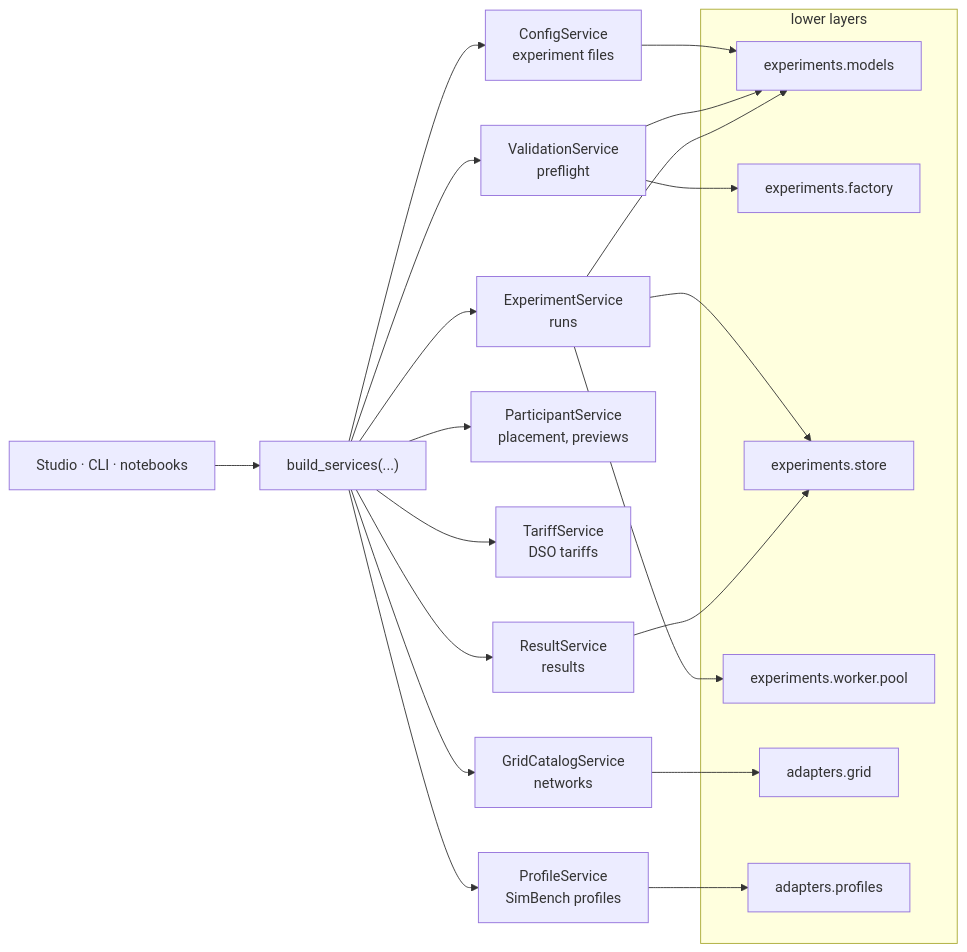
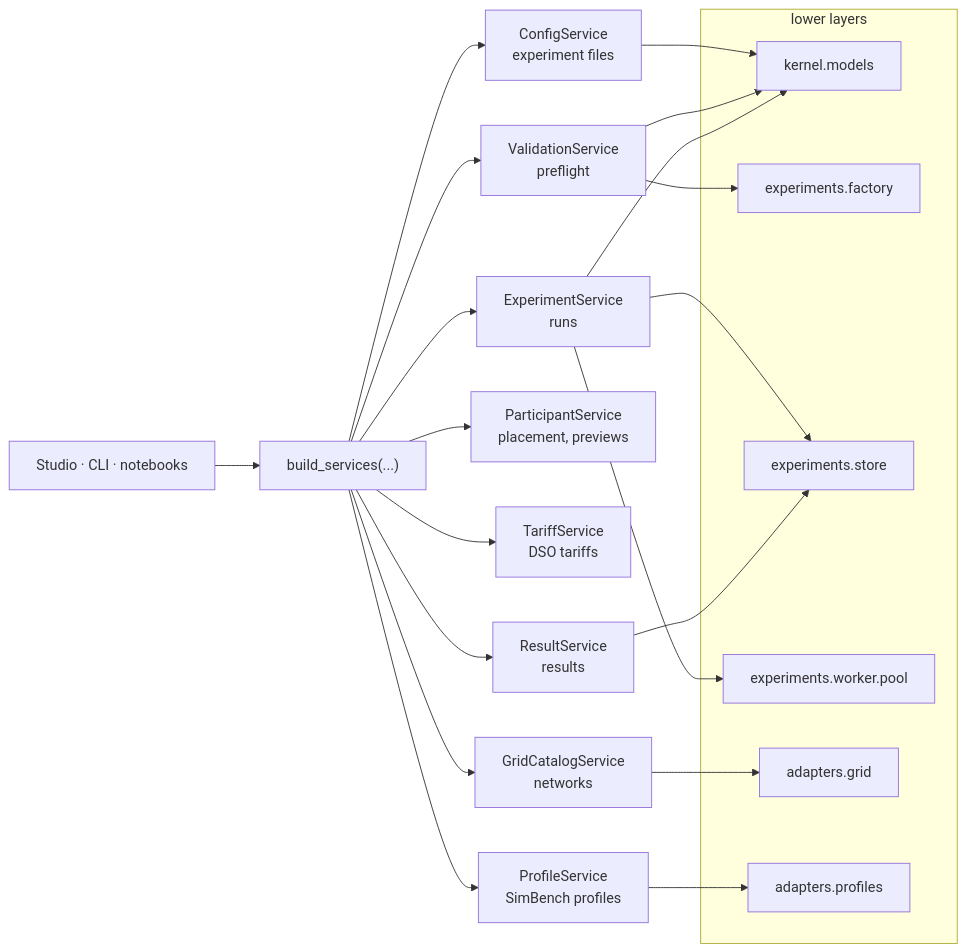
The first of 2 diagrams in docs_thesis/thesis/architecture/04-application-layer.md (KevinRapo/P2P-thesis), drawn with Mermaid before and after one commit. The commit also changed other lines of this file and 68 other files, not shown here.

Commit message:
refactor(kernel): platform/experiments becomes platform/kernel

````diff
--- a/docs_thesis/thesis/architecture/04-application-layer.md
+++ b/docs_thesis/thesis/architecture/04-application-layer.md
@@ -26,29 +26,29 @@
 ```mermaid
 flowchart LR
   CALL["Studio · CLI · notebooks"] --> BS["build_services(...)"]
   BS --> CF["ConfigService<br/>experiment files"]
   BS --> GC["GridCatalogService<br/>networks"]
   BS --> PR["ProfileService<br/>SimBench profiles"]
   BS --> PA["ParticipantService<br/>placement, previews"]
   BS --> TA["TariffService<br/>DSO tariffs"]
   BS --> VA["ValidationService<br/>preflight"]
   BS --> EX["ExperimentService<br/>runs"]
   BS --> RE["ResultService<br/>results"]
   subgraph LOW["lower layers"]
-    EM["experiments.models"]
+    EM["kernel.models"]
     EF["experiments.factory"]
     ES["experiments.store"]
     EW["experiments.worker.pool"]
     AG["adapters.grid"]
     AP["adapters.profiles"]
   end
   CF --> EM
   GC --> AG
   PR --> AP
   VA --> EM
   VA --> EF
   EX --> EM
   EX --> ES
   EX --> EW
   RE --> ES
 ```
````
